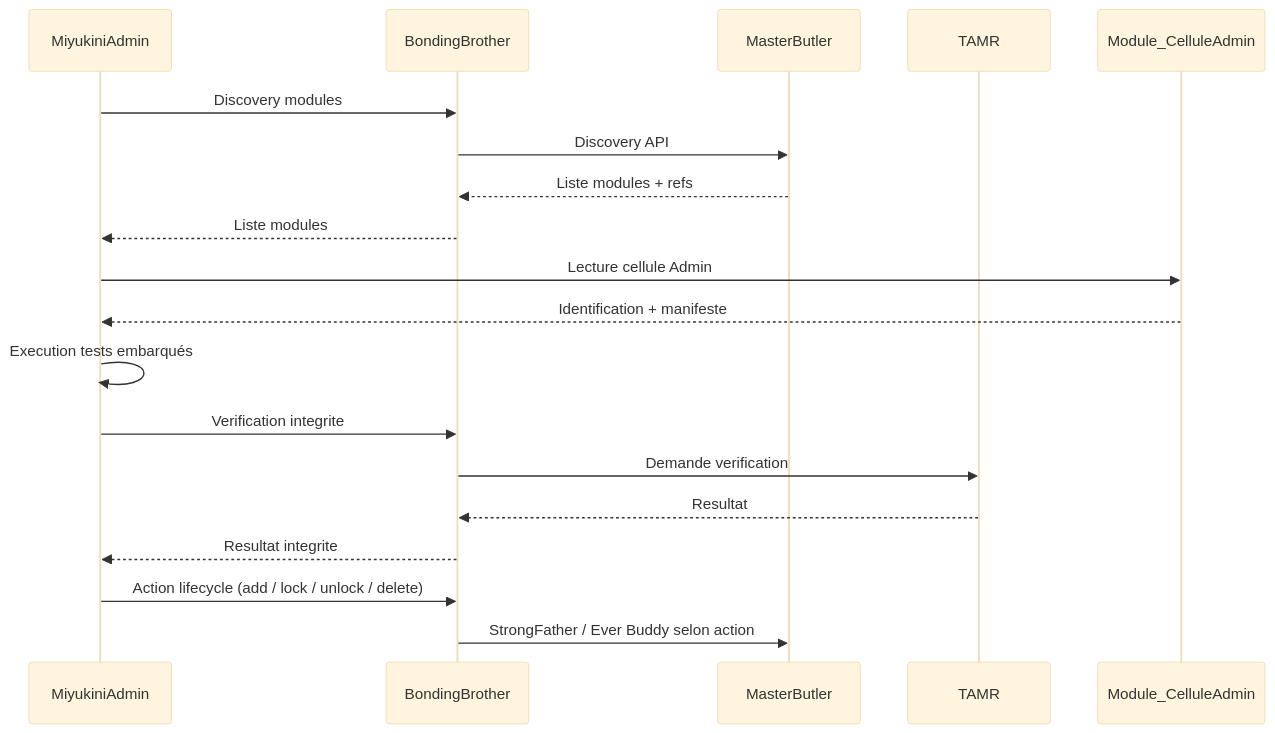
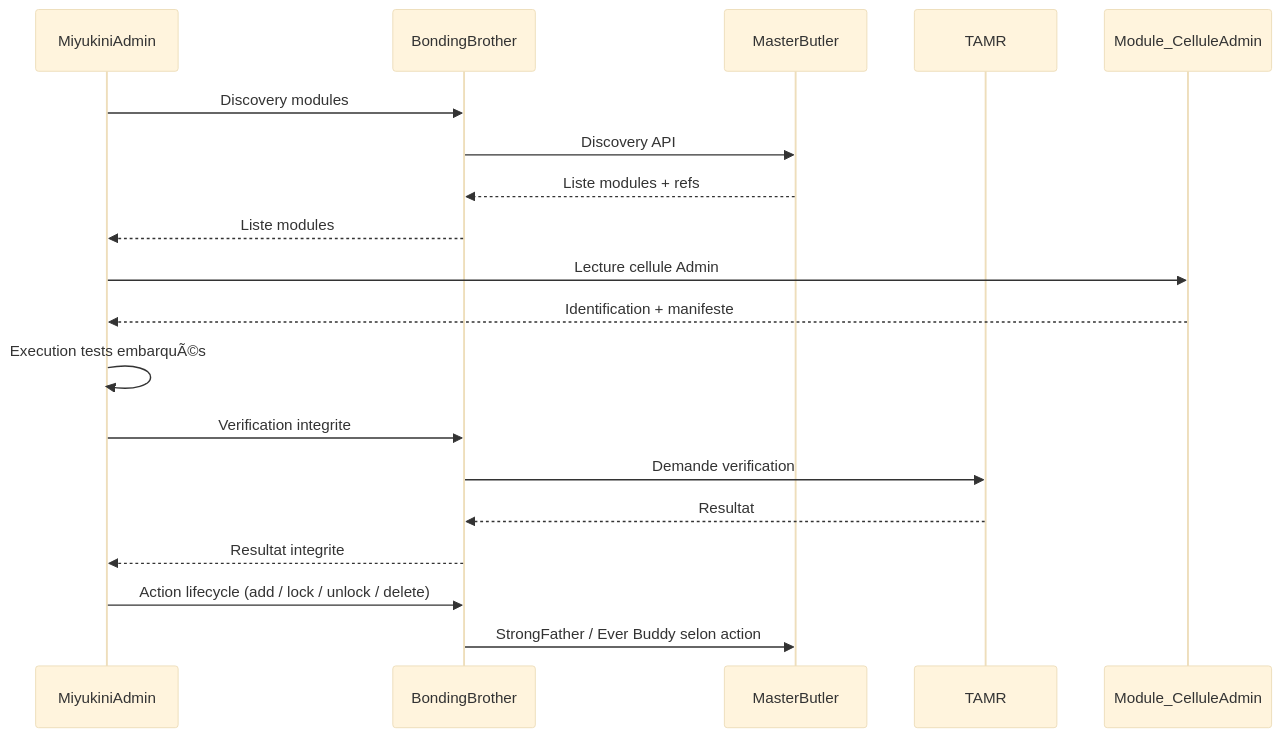
One commit to StudioMiyukini/miyukini_cog changed the diagram in docs/admin/MiyukiniAdmin/contracts/testing/MiyukiniAdmin - Module Testing and Lifecycle Contract.md. Above: the diagram before and after it, drawn with Mermaid (base theme). The commit also changed other lines of this file and 1287 other files, not shown here.

````diff
--- a/docs/admin/MiyukiniAdmin/contracts/testing/MiyukiniAdmin - Module Testing and Lifecycle Contract.md
+++ b/docs/admin/MiyukiniAdmin/contracts/testing/MiyukiniAdmin - Module Testing and Lifecycle Contract.md
@@ -288,25 +288,25 @@
 ```mermaid
 sequenceDiagram
     participant MA as MiyukiniAdmin
     participant BB as BondingBrother
     participant MB as MasterButler
     participant TAMR as TAMR
     participant Mod as Module_CelluleAdmin
 
     MA->>BB: Discovery modules
     BB->>MB: Discovery API
     MB-->>BB: Liste modules + refs
     BB-->>MA: Liste modules
 
     MA->>Mod: Lecture cellule Admin
     Mod-->>MA: Identification + manifeste
 
-    MA->>MA: Execution tests embarqués
+    MA->>MA: Execution tests embarquÃ©s
     MA->>BB: Verification integrite
     BB->>TAMR: Demande verification
     TAMR-->>BB: Resultat
     BB-->>MA: Resultat integrite
 
     MA->>BB: Action lifecycle (add / lock / unlock / delete)
     BB->>MB: StrongFather / Ever Buddy selon action
 ```
````
